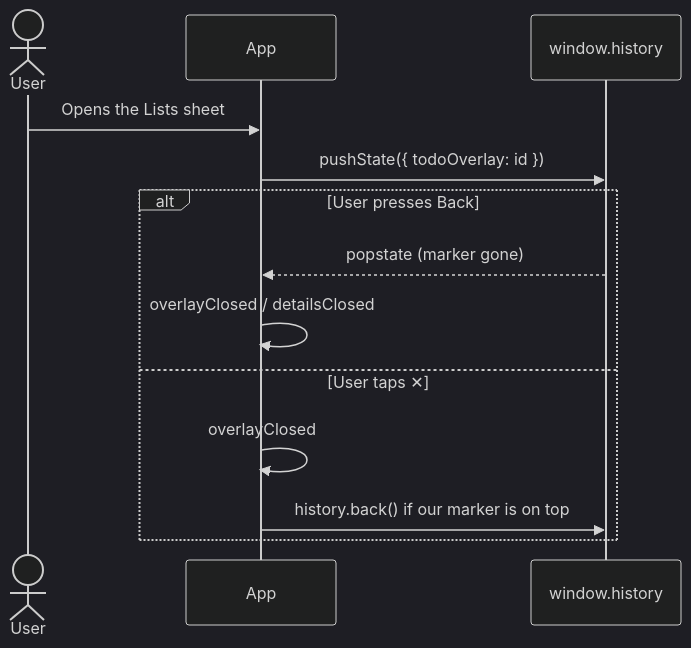
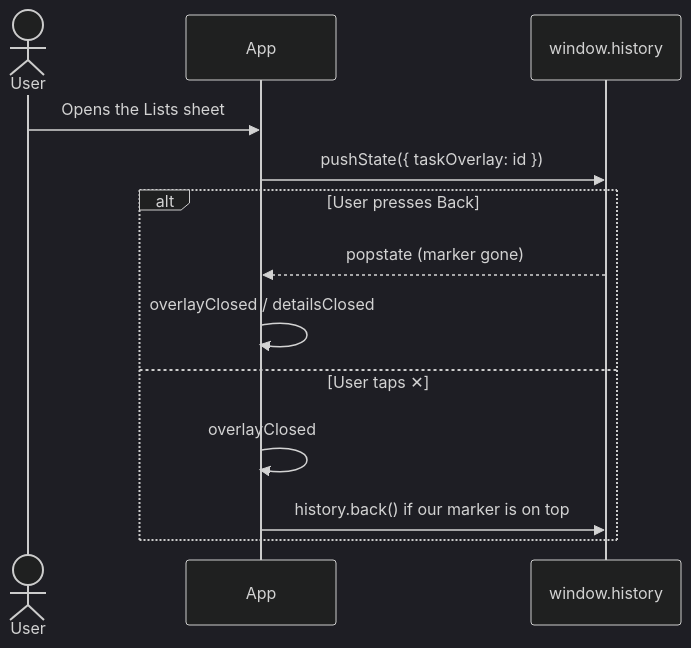
Before and after one commit to sacrificed666/react-todo-app: the tenth of 10 diagrams in docs/architecture.md, drawn with Mermaid (dark theme). The commit also changed other lines of this file and 182 other files, not shown here.

````diff
--- a/docs/architecture.md
+++ b/docs/architecture.md
@@ -387,15 +385,15 @@
 ```mermaid
 sequenceDiagram
   actor User
   participant App
   participant History as window.history
   User->>App: Opens the Lists sheet
-  App->>History: pushState({ todoOverlay: id })
+  App->>History: pushState({ taskOverlay: id })
   alt User presses Back
     History-->>App: popstate (marker gone)
     App->>App: overlayClosed / detailsClosed
   else User taps ✕
     App->>App: overlayClosed
     App->>History: history.back() if our marker is on top
   end
 ```
````
